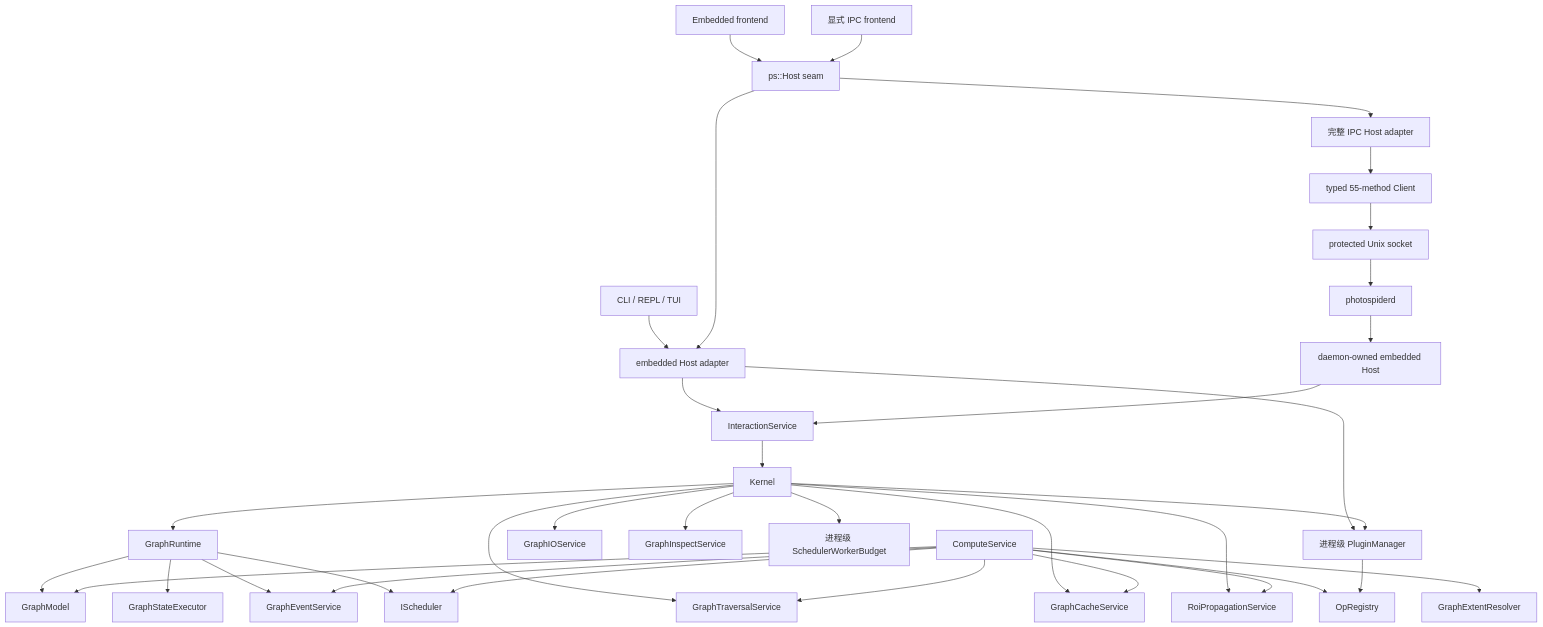
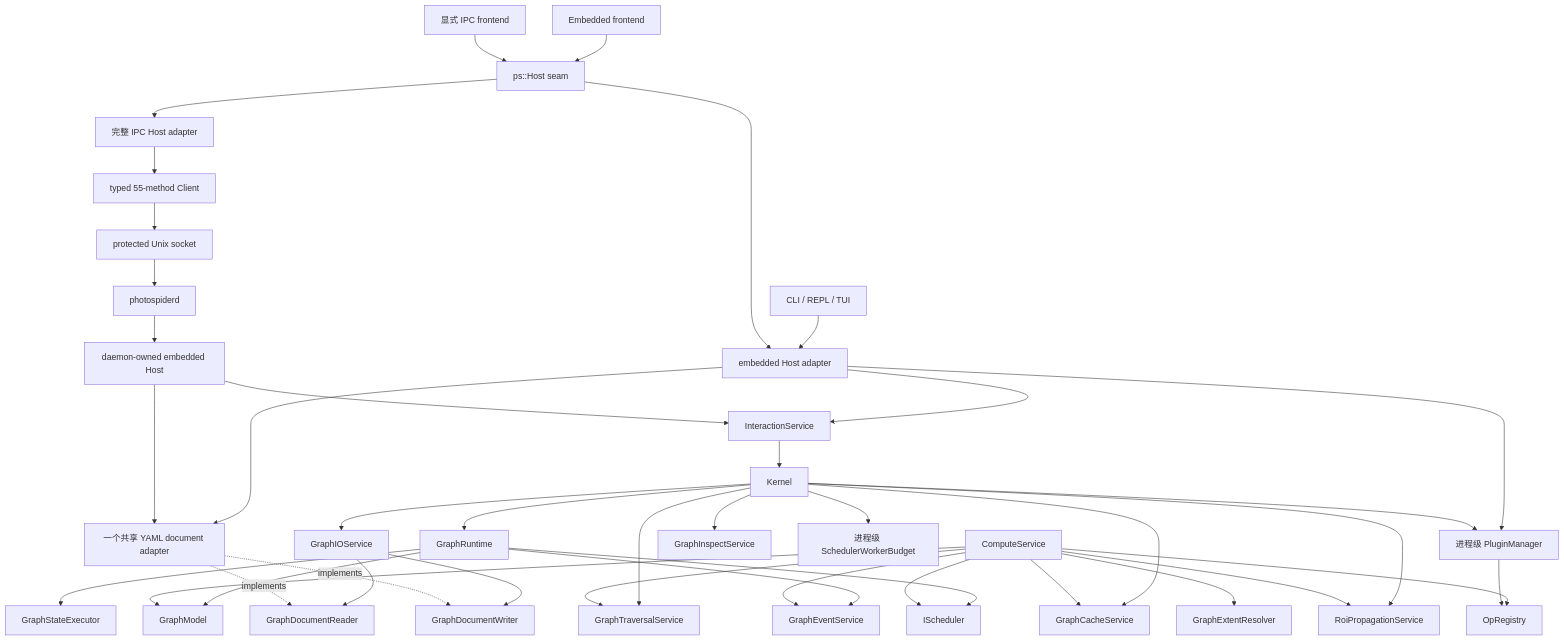
The diagram in docs/kernel-architecture/zh/Overview.zh.md (kevin-zf1123/photospider), drawn with Mermaid before and after one commit. The commit also changed other lines of this file and 5 other files, not shown here.

First line of the commit message:
[docs] document graph persistence composition

````diff
--- a/docs/kernel-architecture/zh/Overview.zh.md
+++ b/docs/kernel-architecture/zh/Overview.zh.md
@@ -113,41 +114,47 @@
 ```mermaid
 graph TD
     CLI["CLI / REPL / TUI"] --> EmbeddedHost["embedded Host adapter"]
     Frontend["Embedded frontend"] --> Host["ps::Host seam"]
     RemoteFrontend["显式 IPC frontend"] --> Host
     Host --> EmbeddedHost
     Host --> IpcHost["完整 IPC Host adapter"]
     IpcHost --> Client["typed 55-method Client"]
     Client --> Socket["protected Unix socket"]
     Socket --> Daemon["photospiderd"]
     Daemon --> DaemonHost["daemon-owned embedded Host"]
     EmbeddedHost --> InteractionService
     DaemonHost --> InteractionService
+    EmbeddedHost --> YamlGraphDocumentAdapter["一个共享 YAML document adapter"]
+    DaemonHost --> YamlGraphDocumentAdapter
     EmbeddedHost --> PluginManager["进程级 PluginManager"]
     InteractionService --> Kernel
 
     Kernel --> GraphRuntime
     Kernel --> GraphIOService
+    GraphIOService --> GraphDocumentReader
+    GraphIOService --> GraphDocumentWriter
+    YamlGraphDocumentAdapter -. implements .-> GraphDocumentReader
+    YamlGraphDocumentAdapter -. implements .-> GraphDocumentWriter
     Kernel --> GraphTraversalService
     Kernel --> GraphCacheService
     Kernel --> GraphInspectService
     Kernel --> RoiPropagationService
     Kernel --> PluginManager
     Kernel --> SchedulerWorkerBudget["进程级 SchedulerWorkerBudget"]
 
     GraphRuntime --> GraphModel
     GraphRuntime --> GraphStateExecutor
     GraphRuntime --> GraphEventService
     GraphRuntime --> IScheduler
 
     ComputeService --> GraphModel
     ComputeService --> GraphTraversalService
     ComputeService --> RoiPropagationService
     ComputeService --> GraphExtentResolver
     ComputeService --> GraphCacheService
     ComputeService --> GraphEventService
     ComputeService --> OpRegistry
     ComputeService --> IScheduler
 
     PluginManager --> OpRegistry
 ```
````
